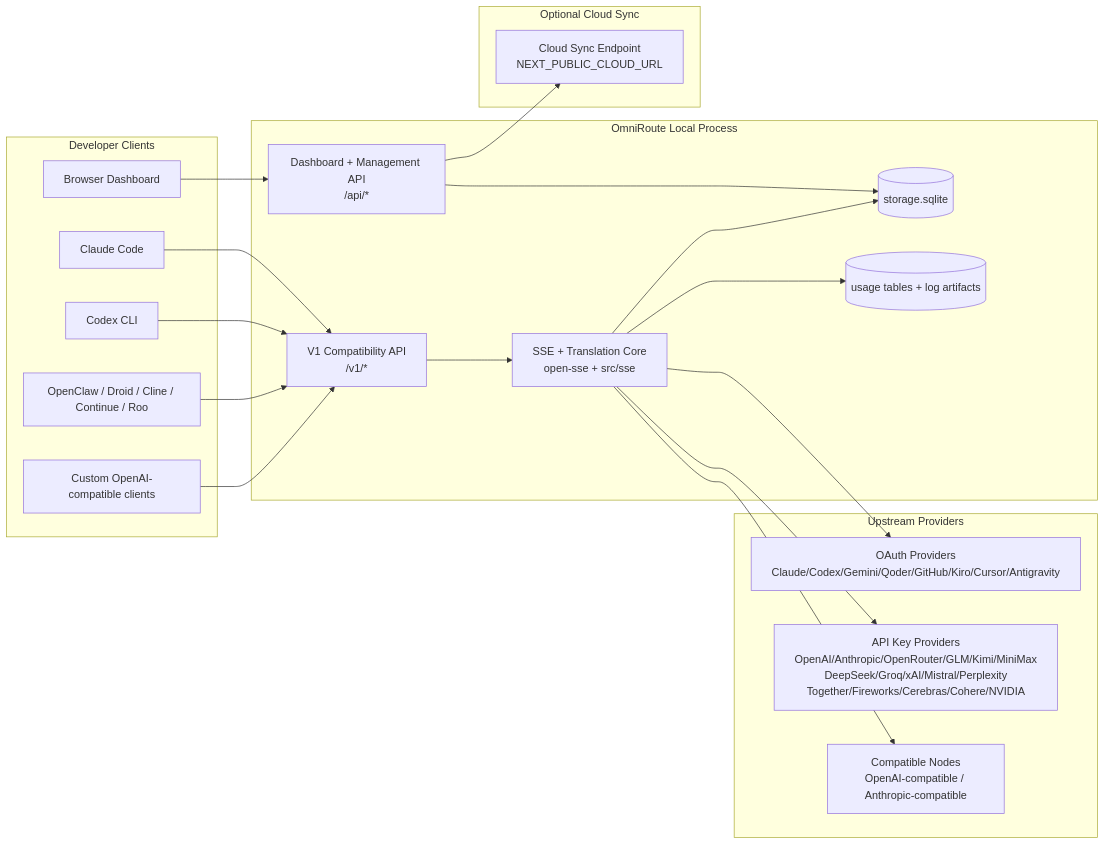
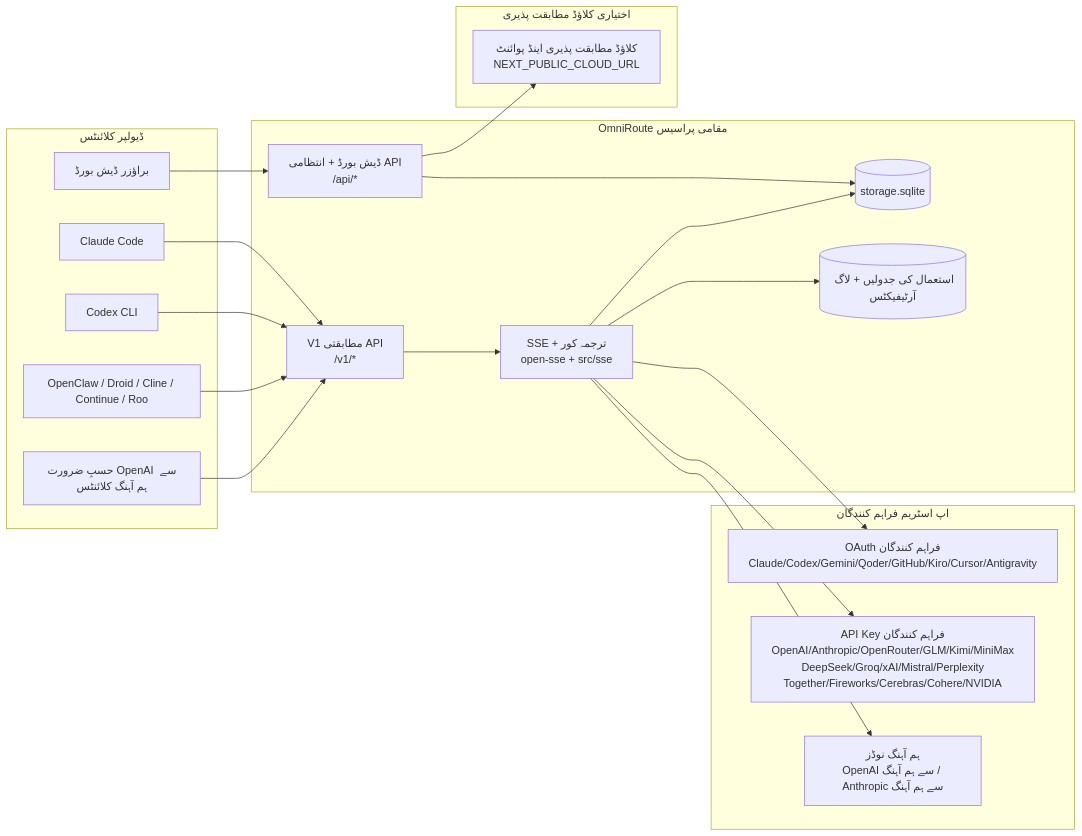
The first of 7 diagrams in docs/i18n/ur/docs/architecture/ARCHITECTURE.md (diegosouzapw/OmniRoute), drawn with Mermaid before and after one commit. The commit also changed other lines of this file and 66 other files, not shown here.

Commit message:
docs(i18n): sync docs/architecture/ARCHITECTURE.md mirrors with the base

````diff
--- a/docs/i18n/ur/docs/architecture/ARCHITECTURE.md
+++ b/docs/i18n/ur/docs/architecture/ARCHITECTURE.md
@@ -157,45 +157,45 @@
 ```mermaid
 flowchart LR
-    subgraph Clients[Developer Clients]
+    subgraph Clients[ڈیولپر کلائنٹس]
         C1[Claude Code]
         C2[Codex CLI]
         C3[OpenClaw / Droid / Cline / Continue / Roo]
-        C4[Custom OpenAI-compatible clients]
-        BROWSER[Browser Dashboard]
+        C4[حسبِ ضرورت OpenAI سے ہم آہنگ کلائنٹس]
+        BROWSER[براؤزر ڈیش بورڈ]
     end
 
-    subgraph Router[OmniRoute Local Process]
-        API[V1 Compatibility API\n/v1/*]
-        DASH[Dashboard + Management API\n/api/*]
-        CORE[SSE + Translation Core\nopen-sse + src/sse]
+    subgraph Router[OmniRoute مقامی پراسیس]
+        API[V1 مطابقتی API\n/v1/*]
+        DASH[ڈیش بورڈ + انتظامی API\n/api/*]
+        CORE[SSE + ترجمہ کور\nopen-sse + src/sse]
         DB[(storage.sqlite)]
-        UDB[(usage tables + log artifacts)]
+        UDB[(استعمال کی جدولیں + لاگ آرٹیفیکٹس)]
     end
 
-    subgraph Upstreams[Upstream Providers]
-        P1[OAuth Providers\nClaude/Codex/Gemini/Qoder/GitHub/Kiro/Cursor/Antigravity]
-        P2[API Key Providers\nOpenAI/Anthropic/OpenRouter/GLM/Kimi/MiniMax\nDeepSeek/Groq/xAI/Mistral/Perplexity\nTogether/Fireworks/Cerebras/Cohere/NVIDIA]
-        P3[Compatible Nodes\nOpenAI-compatible / Anthropic-compatible]
+    subgraph Upstreams[اپ اسٹریم فراہم کنندگان]
+        P1[OAuth فراہم کنندگان\nClaude/Codex/Gemini/Qoder/GitHub/Kiro/Cursor/Antigravity]
+        P2[API Key فراہم کنندگان\nOpenAI/Anthropic/OpenRouter/GLM/Kimi/MiniMax\nDeepSeek/Groq/xAI/Mistral/Perplexity\nTogether/Fireworks/Cerebras/Cohere/NVIDIA]
+        P3[ہم آہنگ نوڈز\nOpenAI سے ہم آہنگ / Anthropic سے ہم آہنگ]
     end
 
-    subgraph Cloud[Optional Cloud Sync]
-        CLOUD[Cloud Sync Endpoint\nNEXT_PUBLIC_CLOUD_URL]
+    subgraph Cloud[اختیاری کلاؤڈ مطابقت پذیری]
+        CLOUD[کلاؤڈ مطابقت پذیری اینڈ پوائنٹ\nNEXT_PUBLIC_CLOUD_URL]
     end
 
     C1 --> API
     C2 --> API
     C3 --> API
     C4 --> API
     BROWSER --> DASH
 
     API --> CORE
     DASH --> DB
     CORE --> DB
     CORE --> UDB
 
     CORE --> P1
     CORE --> P2
     CORE --> P3
 
     DASH --> CLOUD
 ```
````
